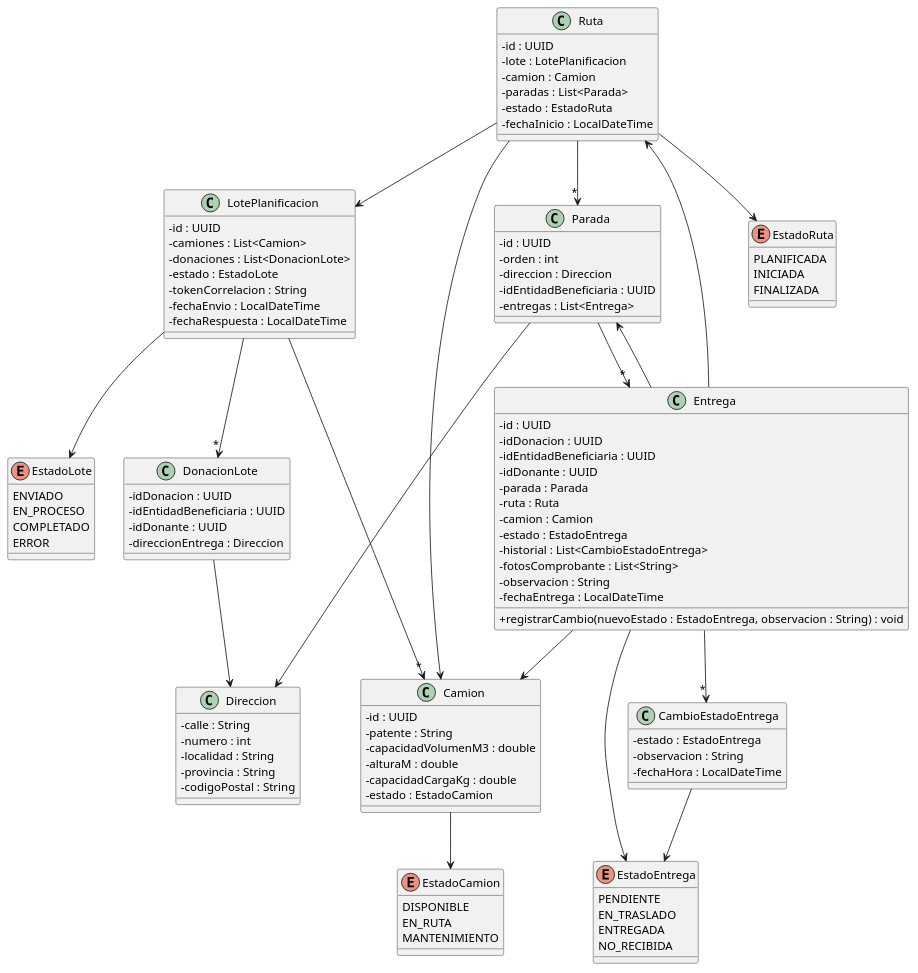
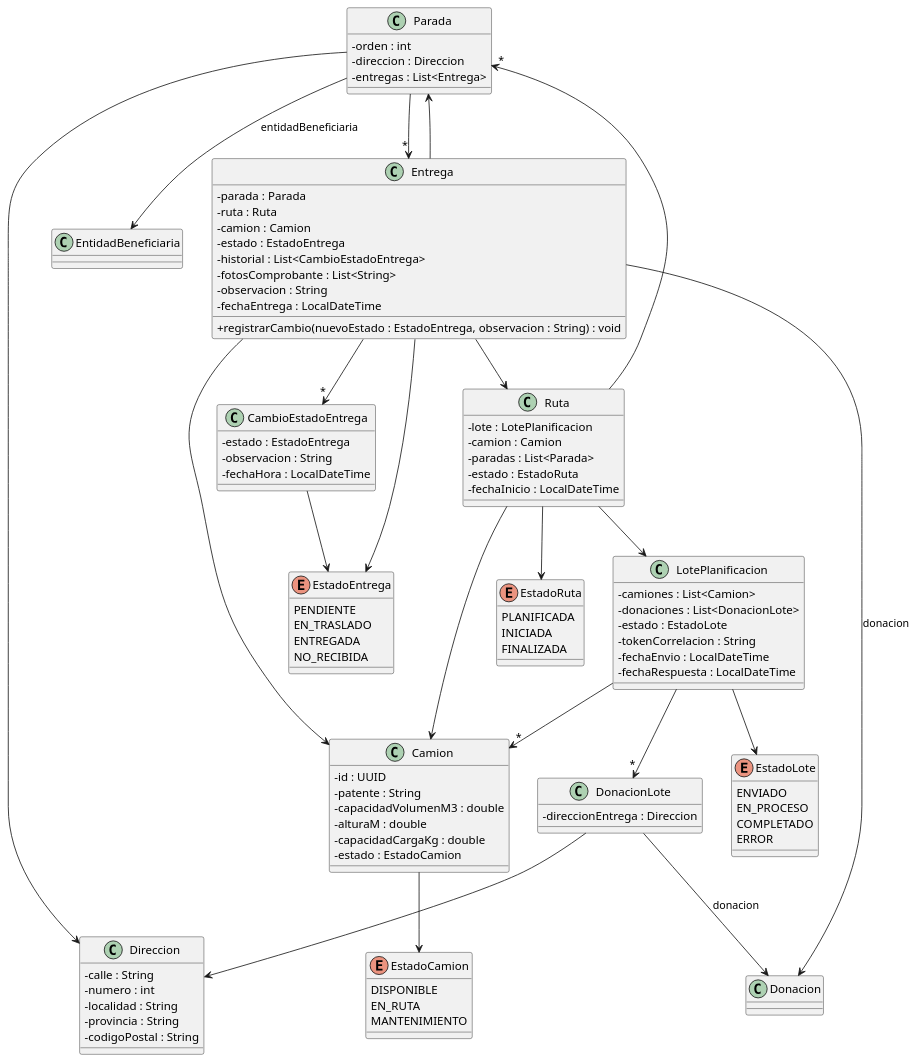
The diagram in donatrack/DiagramaDeClases/Logistica/diagramaClasesLogisticaModel.plantuml (PonceCamilo/TP-ANUAL-DISENIO-2026), drawn with PlantUML before and after one commit. The commit also changed 2 other files, not shown here.

Commit message:
fix: sacar ids del diagrama de logistica y hilar con donaciones

```diff
--- a/donatrack/DiagramaDeClases/Logistica/diagramaClasesLogisticaModel.plantuml
+++ b/donatrack/DiagramaDeClases/Logistica/diagramaClasesLogisticaModel.plantuml
@@ -1,130 +1,127 @@
 @startuml diagramaClasesLogisticaModel
 
 skinparam classAttributeIconSize 0
+
+' ============================ CLASES EXTERNAS (definidas en el modelo de Donaciones) ============================
+' No se repiten sus atributos acá; se referencian para hilar Logística con Donaciones.
+class Donacion
+class EntidadBeneficiaria
 
 class Direccion {
     - calle : String
     - numero : int
     - localidad : String
     - provincia : String
     - codigoPostal : String
 }
 
 class Camion {
     - id : UUID
     - patente : String
     - capacidadVolumenM3 : double
     - alturaM : double
     - capacidadCargaKg : double
     - estado : EstadoCamion
 }
 
 enum EstadoCamion {
     DISPONIBLE
     EN_RUTA
     MANTENIMIENTO
 }
 
 class LotePlanificacion {
-    - id : UUID
     - camiones : List<Camion>
     - donaciones : List<DonacionLote>
     - estado : EstadoLote
     - tokenCorrelacion : String
     - fechaEnvio : LocalDateTime
     - fechaRespuesta : LocalDateTime
 }
 
 enum EstadoLote {
     ENVIADO
     EN_PROCESO
     COMPLETADO
     ERROR
 }
 
 class DonacionLote {
-    - idDonacion : UUID
-    - idEntidadBeneficiaria : UUID
-    - idDonante : UUID
     - direccionEntrega : Direccion
 }
 
 class Ruta {
-    - id : UUID
     - lote : LotePlanificacion
     - camion : Camion
     - paradas : List<Parada>
     - estado : EstadoRuta
     - fechaInicio : LocalDateTime
 }
 
 enum EstadoRuta {
     PLANIFICADA
     INICIADA
     FINALIZADA
 }
 
 class Parada {
-    - id : UUID
     - orden : int
     - direccion : Direccion
-    - idEntidadBeneficiaria : UUID
     - entregas : List<Entrega>
 }
 
 class Entrega {
-    - id : UUID
-    - idDonacion : UUID
-    - idEntidadBeneficiaria : UUID
-    - idDonante : UUID
     - parada : Parada
     - ruta : Ruta
     - camion : Camion
     - estado : EstadoEntrega
     - historial : List<CambioEstadoEntrega>
     - fotosComprobante : List<String>
     - observacion : String
     - fechaEntrega : LocalDateTime
     + registrarCambio(nuevoEstado : EstadoEntrega, observacion : String) : void
 }
 
 enum EstadoEntrega {
     PENDIENTE
     EN_TRASLADO
     ENTREGADA
     NO_RECIBIDA
 }
 
 class CambioEstadoEntrega {
     - estado : EstadoEntrega
     - observacion : String
     - fechaHora : LocalDateTime
 }
 
 
 Camion --> EstadoCamion
 
 Entrega --> EstadoEntrega
 Entrega --> Camion
 Entrega --> Parada
 Entrega --> Ruta
 Entrega --> "*" CambioEstadoEntrega
+Entrega --> Donacion : donacion
 
 CambioEstadoEntrega --> EstadoEntrega
 
 Parada --> Direccion
 Parada --> "*" Entrega
+Parada --> EntidadBeneficiaria : entidadBeneficiaria
 
 Ruta --> EstadoRuta
 Ruta --> Camion
 Ruta --> "*" Parada
 Ruta --> LotePlanificacion
 
 LotePlanificacion --> EstadoLote
 LotePlanificacion --> "*" Camion
 LotePlanificacion --> "*" DonacionLote
 
 DonacionLote --> Direccion
+DonacionLote --> Donacion : donacion
 
 
 @enduml
```
